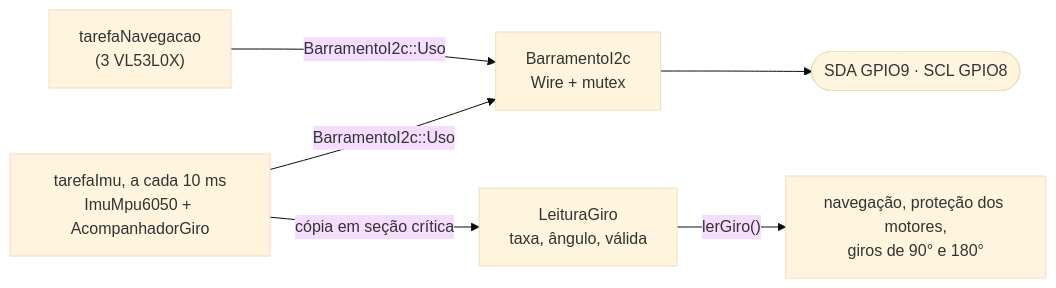
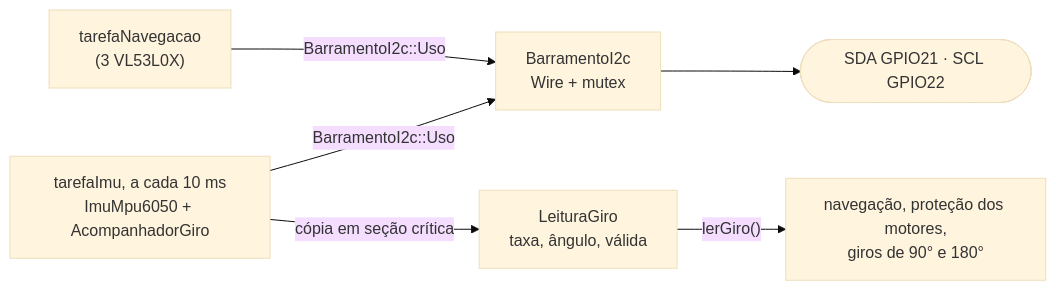
Before and after one commit to fcte-pi1/2026_2_PI1_Grupo01_Hilmer: diagram 11 of 22 in docs/04-projeto-conceitual/firmware.md, drawn with Mermaid (base theme). The commit also changed other lines of this file and 6 other files, not shown here.

````diff
--- a/docs/04-projeto-conceitual/firmware.md
+++ b/docs/04-projeto-conceitual/firmware.md
@@ -879,8 +882,8 @@
 ```mermaid
 flowchart LR
     nav["tarefaNavegacao<br/>(3 VL53L0X)"] -->|"BarramentoI2c::Uso"| bar["BarramentoI2c<br/>Wire + mutex"]
     imuT["tarefaImu, a cada 10 ms<br/>ImuMpu6050 + AcompanhadorGiro"] -->|"BarramentoI2c::Uso"| bar
-    bar --> fios(["SDA GPIO9 · SCL GPIO8"])
+    bar --> fios(["SDA GPIO21 · SCL GPIO22"])
     imuT -->|"cópia em seção crítica"| leit["LeituraGiro<br/>taxa, ângulo, válida"]
     leit -->|"lerGiro()"| outras["navegação, proteção dos motores,<br/>giros de 90° e 180°"]
 ```
````
